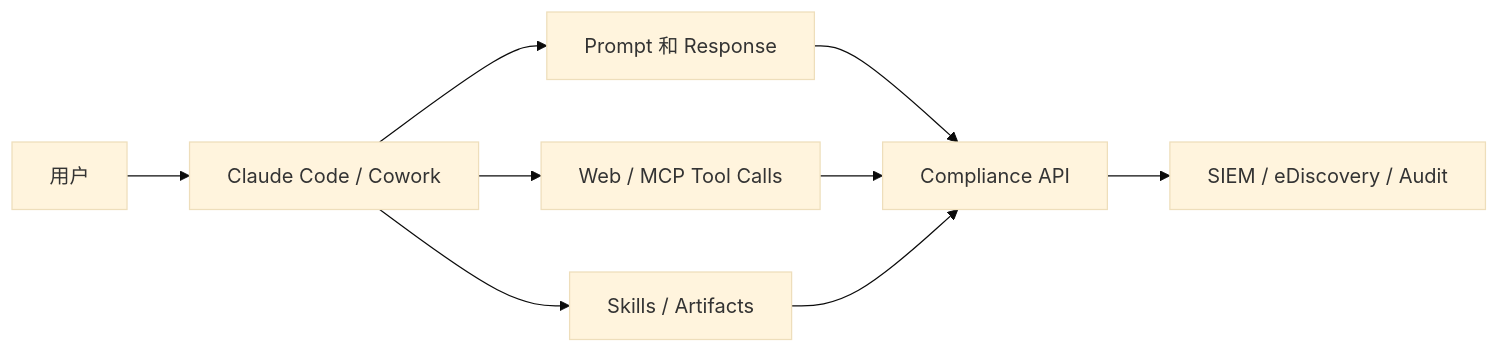
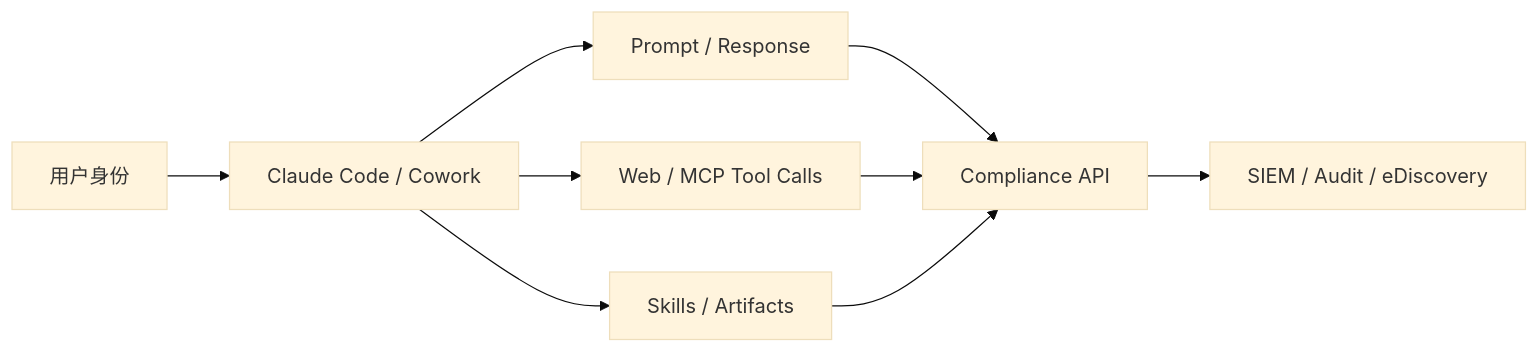
Before and after one commit to wlf186/ai-daily-headlines: the ninth of 22 diagrams in 260827.md, drawn with Mermaid (base theme). The commit also changed other lines of this file, not shown here.

````diff
--- a/260827.md
+++ b/260827.md
@@ -300,11 +353,11 @@
 ```mermaid
 flowchart LR
-    AC1[用户] --> AC2[Claude Code / Cowork]
-    AC2 --> AC3[Prompt 和 Response]
-    AC2 --> AC4[Web / MCP Tool Calls]
-    AC2 --> AC5[Skills / Artifacts]
-    AC3 --> AC6[Compliance API]
-    AC4 --> AC6
-    AC5 --> AC6
-    AC6 --> AC7[SIEM / eDiscovery / Audit]
+    C1[用户身份] --> C2[Claude Code / Cowork]
+    C2 --> C3[Prompt / Response]
+    C2 --> C4[Web / MCP Tool Calls]
+    C2 --> C5[Skills / Artifacts]
+    C3 --> C6[Compliance API]
+    C4 --> C6
+    C5 --> C6
+    C6 --> C7[SIEM / Audit / eDiscovery]
 ```
````
